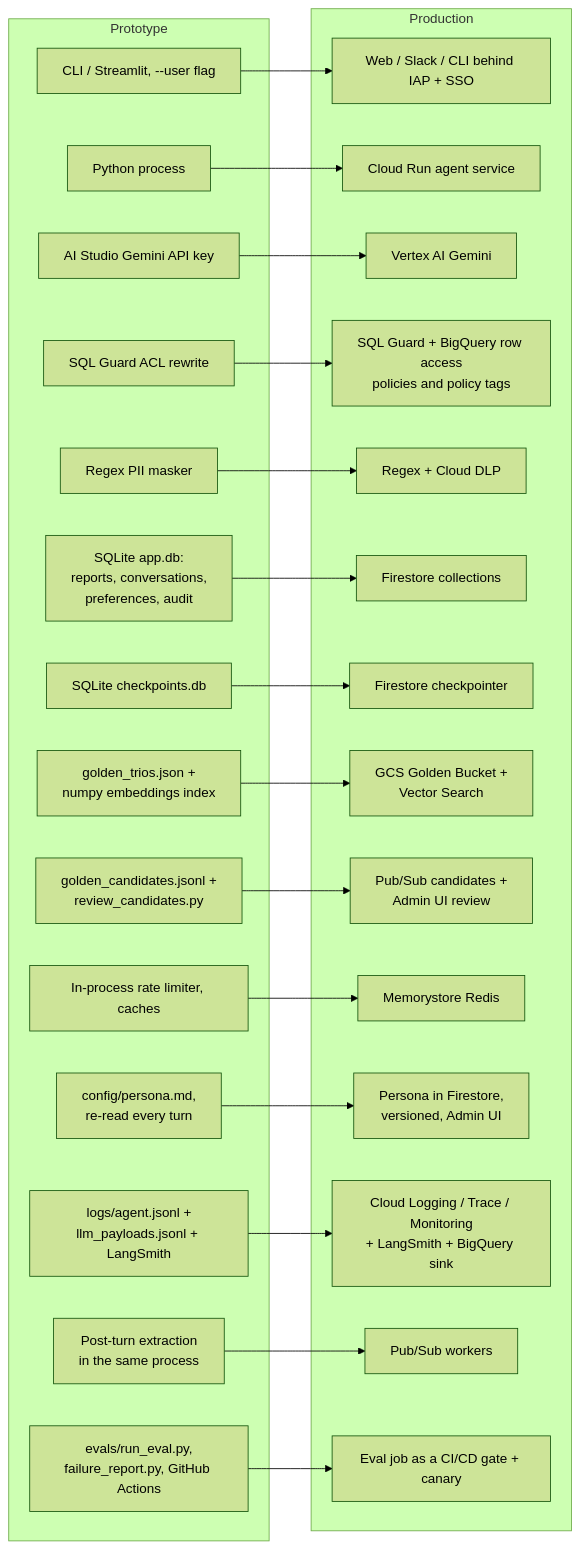
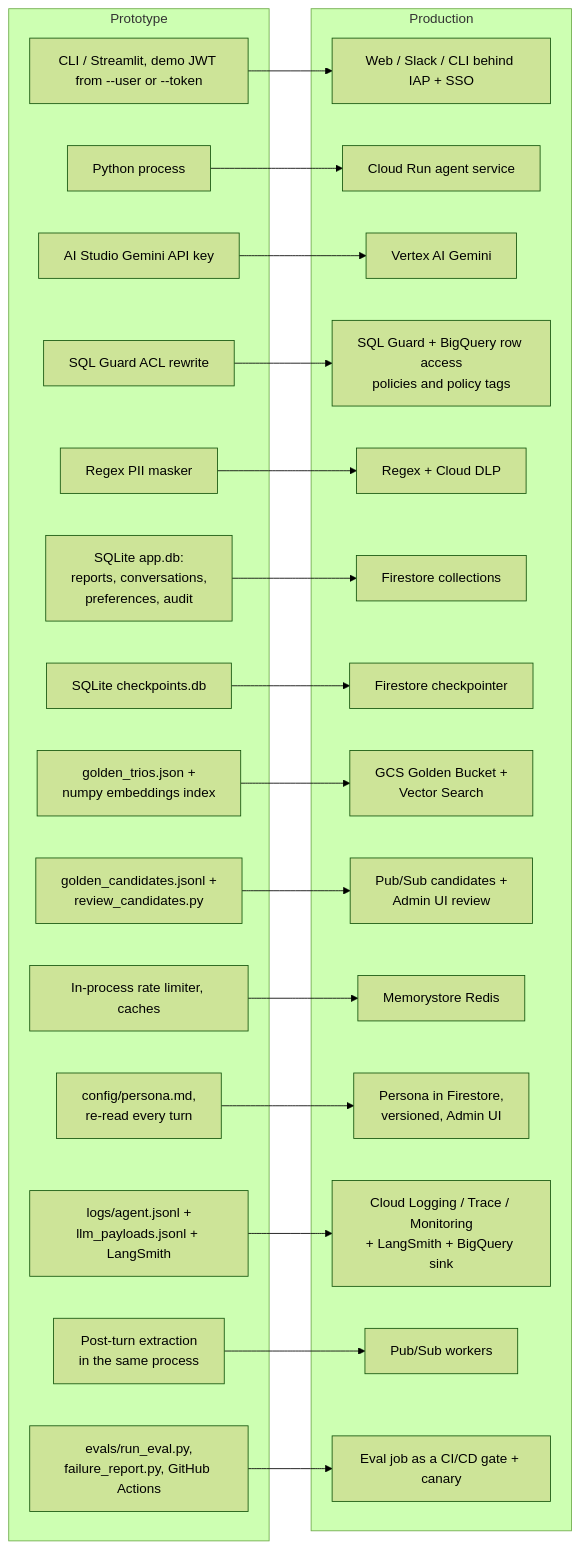
One commit to Justegoriy/guliaev-retail-agent changed the sixth of 6 diagrams in docs/architecture.md. Above: the diagram before and after it, drawn with Mermaid (forest theme). The commit also changed other lines of this file and 17 other files, not shown here.

````diff
--- a/docs/architecture.md
+++ b/docs/architecture.md
@@ -390,49 +390,49 @@
 ```mermaid
 flowchart LR
     subgraph Prototype
-        P1[CLI / Streamlit, --user flag]
+        P1[CLI / Streamlit, demo JWT from --user or --token]
         P2[Python process]
         P3[AI Studio Gemini API key]
         P4[SQL Guard ACL rewrite]
         P5[Regex PII masker]
         P6[SQLite app.db:<br/>reports, conversations,<br/>preferences, audit]
         P7[SQLite checkpoints.db]
         P8[golden_trios.json +<br/>numpy embeddings index]
         P9[golden_candidates.jsonl +<br/>review_candidates.py]
         P10[In-process rate limiter, caches]
         P11[config/persona.md,<br/>re-read every turn]
         P12[logs/agent.jsonl +<br/>llm_payloads.jsonl + LangSmith]
         P13[Post-turn extraction<br/>in the same process]
         P14[evals/run_eval.py,<br/>failure_report.py, GitHub Actions]
     end
     subgraph Production
         R1[Web / Slack / CLI behind IAP + SSO]
         R2[Cloud Run agent service]
         R3[Vertex AI Gemini]
         R4[SQL Guard + BigQuery row access<br/>policies and policy tags]
         R5[Regex + Cloud DLP]
         R6[Firestore collections]
         R7[Firestore checkpointer]
         R8[GCS Golden Bucket +<br/>Vector Search]
         R9[Pub/Sub candidates +<br/>Admin UI review]
         R10[Memorystore Redis]
         R11[Persona in Firestore,<br/>versioned, Admin UI]
         R12[Cloud Logging / Trace / Monitoring<br/>+ LangSmith + BigQuery sink]
         R13[Pub/Sub workers]
         R14[Eval job as a CI/CD gate + canary]
     end
     P1 --> R1
     P2 --> R2
     P3 --> R3
     P4 --> R4
     P5 --> R5
     P6 --> R6
     P7 --> R7
     P8 --> R8
     P9 --> R9
     P10 --> R10
     P11 --> R11
     P12 --> R12
     P13 --> R13
     P14 --> R14
 ```
````
